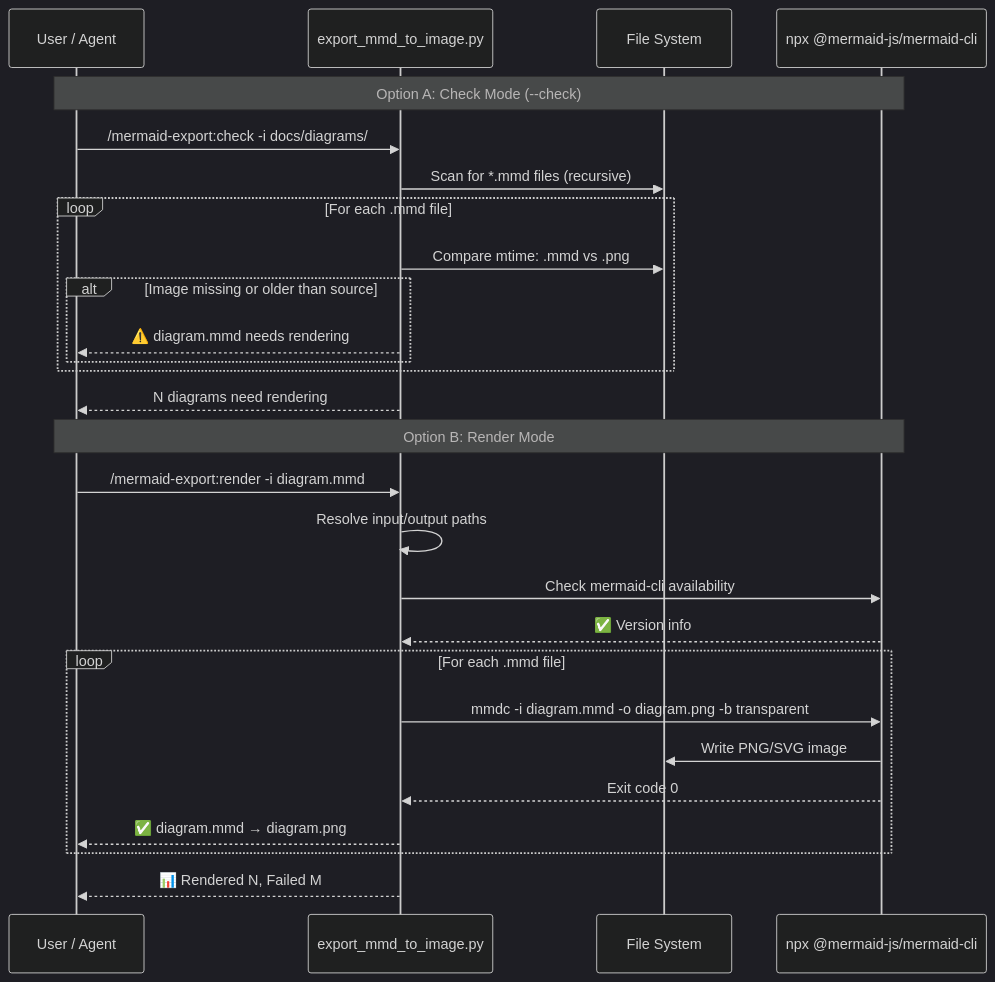
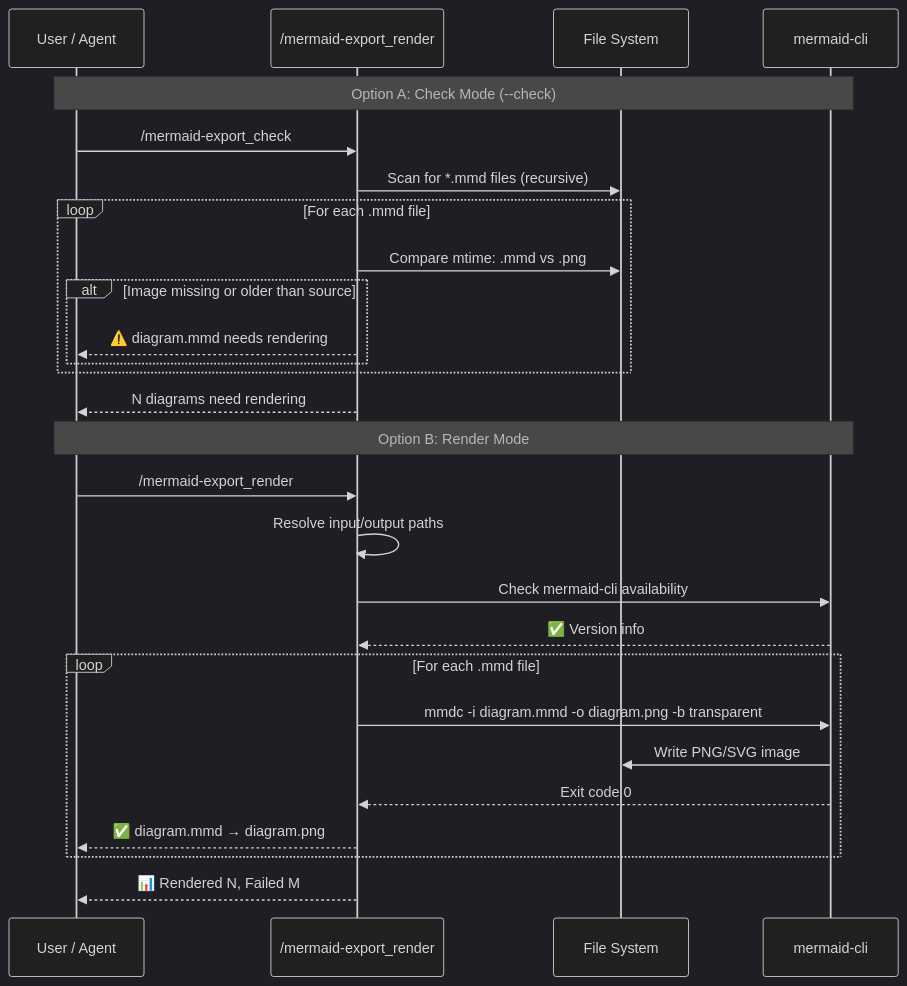
One commit to richfrem/InvestmentToolkit changed the diagram in plugins/mermaid-export/docs/mermaid-export-workflow.mmd. Above: the diagram before and after it, drawn with Mermaid (dark theme). The commit also changed 442 other files, not shown here.

```diff
--- a/plugins/mermaid-export/docs/mermaid-export-workflow.mmd
+++ b/plugins/mermaid-export/docs/mermaid-export-workflow.mmd
@@ -1,33 +1,33 @@
 sequenceDiagram
     participant User as User / Agent
-    participant Script as export_mmd_to_image.py
+    participant Script as /mermaid-export_render
     participant FS as File System
-    participant NPX as npx @mermaid-js/mermaid-cli
+    participant NPX as mermaid-cli
 
     Note over User, NPX: Option A: Check Mode (--check)
 
-    User->>Script: /mermaid-export:check -i docs/diagrams/
+    User->>Script: /mermaid-export_check
     Script->>FS: Scan for *.mmd files (recursive)
     loop For each .mmd file
         Script->>FS: Compare mtime: .mmd vs .png
         alt Image missing or older than source
             Script-->>User: ⚠️ diagram.mmd needs rendering
         end
     end
     Script-->>User: N diagrams need rendering
 
     Note over User, NPX: Option B: Render Mode
 
-    User->>Script: /mermaid-export:render -i diagram.mmd
+    User->>Script: /mermaid-export_render
     Script->>Script: Resolve input/output paths
     Script->>NPX: Check mermaid-cli availability
     NPX-->>Script: ✅ Version info
 
     loop For each .mmd file
         Script->>NPX: mmdc -i diagram.mmd -o diagram.png -b transparent
         NPX->>FS: Write PNG/SVG image
         NPX-->>Script: Exit code 0
         Script-->>User: ✅ diagram.mmd → diagram.png
     end
 
     Script-->>User: 📊 Rendered N, Failed M
```
